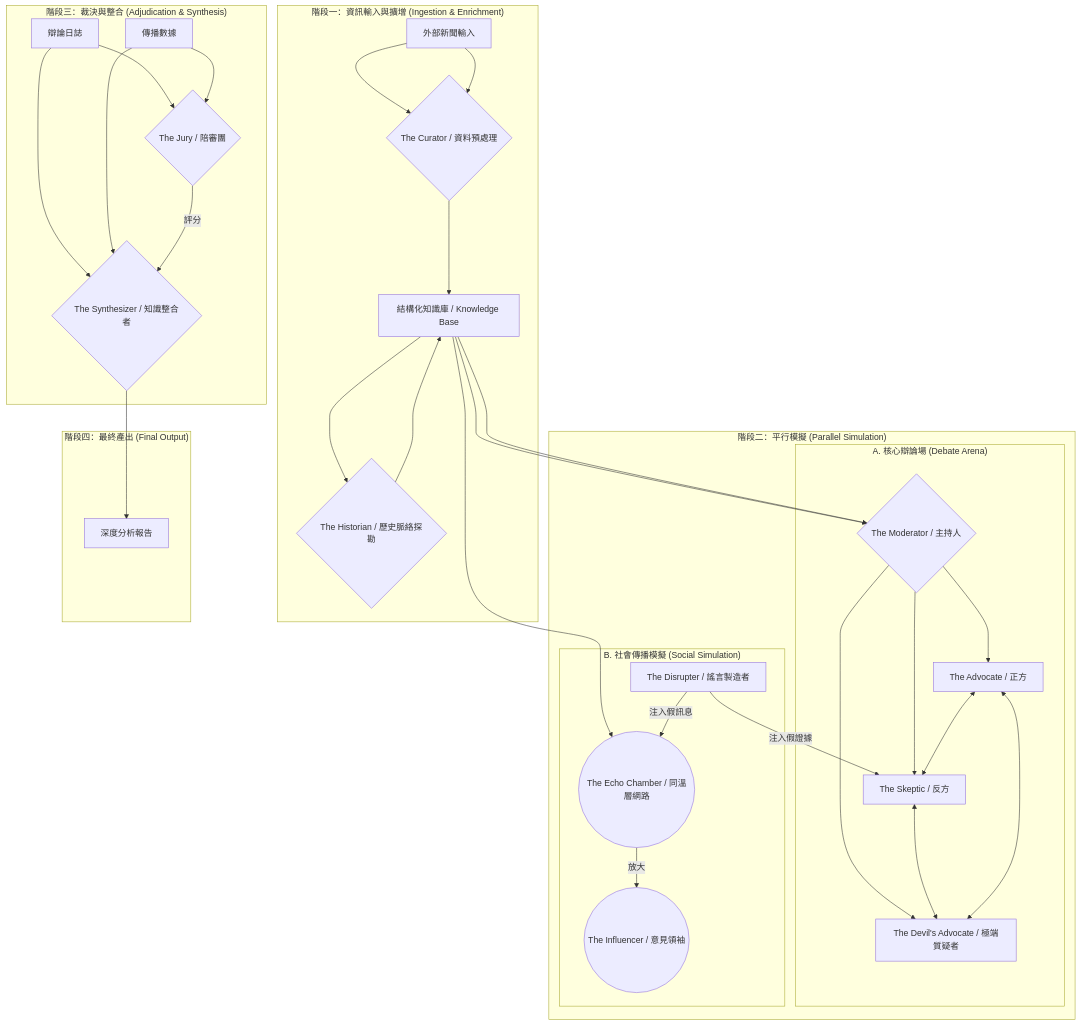
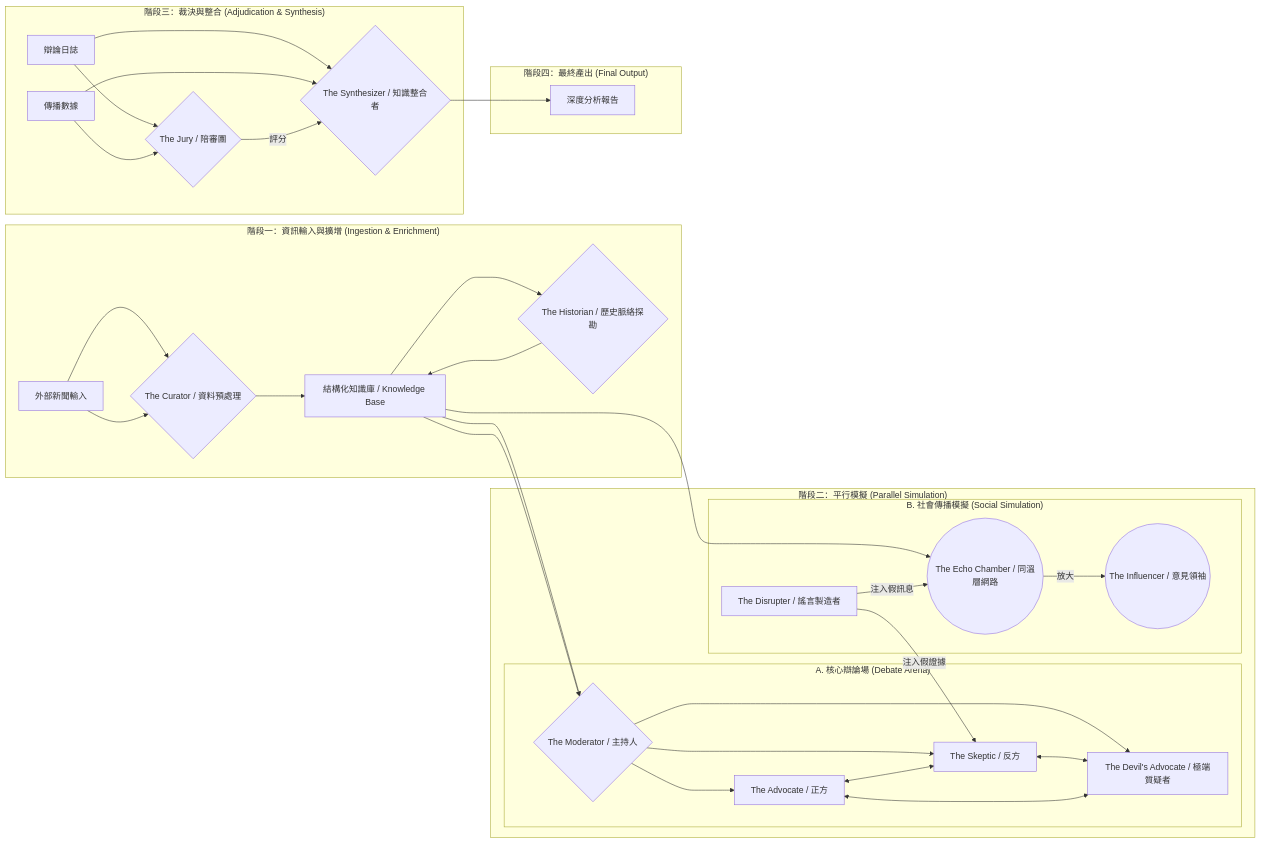
One commit to Grasonyang/Agent-Judge changed the diagram in architecture.md. Above: the diagram before and after it, drawn with Mermaid.

Commit message:
fix: architectrue

````diff
--- a/architecture.md
+++ b/architecture.md
@@ -17,43 +17,54 @@
 ```mermaid
-graph TD
-    subgraph "階段一：資訊輸入與擴增 (Ingestion & Enrichment)"
-        A[外部新聞輸入] --> B{The Curator / 資料預處理};
-        B --> C[結構化知識庫 / Knowledge Base];
-        C --> D{The Historian / 歷史脈絡探勘};
-        D --> C;
-    end
+---
+config:
+  layout: dagre
+---
+flowchart LR
+ subgraph subGraph0["階段一：資訊輸入與擴增 (Ingestion & Enrichment)"]
+        B{"The Curator / 資料預處理"}
+        A["外部新聞輸入"]
+        C["結構化知識庫 / Knowledge Base"]
+        D{"The Historian / 歷史脈絡探勘"}
+  end
+ subgraph subGraph1["A. 核心辯論場 (Debate Arena)"]
+        M{"The Moderator / 主持人"}
+        P["The Advocate / 正方"]
+        S["The Skeptic / 反方"]
+        DA@{ label: "The Devil's Advocate / 極端質疑者" }
+  end
+ subgraph subGraph2["B. 社會傳播模擬 (Social Simulation)"]
+        EC(("The Echo Chamber / 同溫層網路"))
+        I(("The Influencer / 意見領袖"))
+        Disruptor["The Disrupter / 謠言製造者"]
+  end
+ subgraph subGraph3["階段二：平行模擬 (Parallel Simulation)"]
+        subGraph1
+        subGraph2
+  end
+ subgraph subGraph4["階段三：裁決與整合 (Adjudication & Synthesis)"]
+        J{"The Jury / 陪審團"}
+        Debate_Log["辯論日誌"]
+        Social_Log["傳播數據"]
+        KS{"The Synthesizer / 知識整合者"}
+  end
+ subgraph subGraph5["階段四：最終產出 (Final Output)"]
+        Final_Report["深度分析報告"]
+  end
+    A --> B & B
+    B --> C
+    C --> D & M & EC & M
+    D --> C
+    M --> P & S & DA
+    P <--> S
+    S <--> DA
+    DA <--> P
+    EC -- 放大 --> I
+    Disruptor -- 注入假訊息 --> EC
+    Disruptor -- 注入假證據 --> S
+    Debate_Log --> J & KS
+    Social_Log --> J & KS
+    J -- 評分 --> KS
+    KS --> Final_Report
+    DA@{ shape: rect}
 
-    subgraph "階段二：平行模擬 (Parallel Simulation)"
-        subgraph "A. 核心辯論場 (Debate Arena)"
-            C --> M{The Moderator / 主持人};
-            M --> P[The Advocate / 正方];
-            M --> S[The Skeptic / 反方];
-            M --> DA[The Devil's Advocate / 極端質疑者];
-            P <--> S;
-            S <--> DA;
-            DA <--> P;
-        end
-
-        subgraph "B. 社會傳播模擬 (Social Simulation)"
-            C --> EC((The Echo Chamber / 同溫層網路));
-            EC -- 放大 --> I((The Influencer / 意見領袖));
-            Disruptor[The Disrupter / 謠言製造者] -- 注入假訊息 --> EC;
-            Disruptor -- 注入假證據 --> S;
-        end
-    end
-
-    subgraph "階段三：裁決與整合 (Adjudication & Synthesis)"
-        Debate_Log[辯論日誌] --> J{The Jury / 陪審團};
-        Social_Log[傳播數據] --> J;
-        Debate_Log --> KS{The Synthesizer / 知識整合者};
-        Social_Log --> KS;
-        J -- 評分 --> KS;
-    end
-
-    subgraph "階段四：最終產出 (Final Output)"
-        KS --> Final_Report[深度分析報告];
-    end
-
-    A --> B;
-    C --> M;
 ```
````
